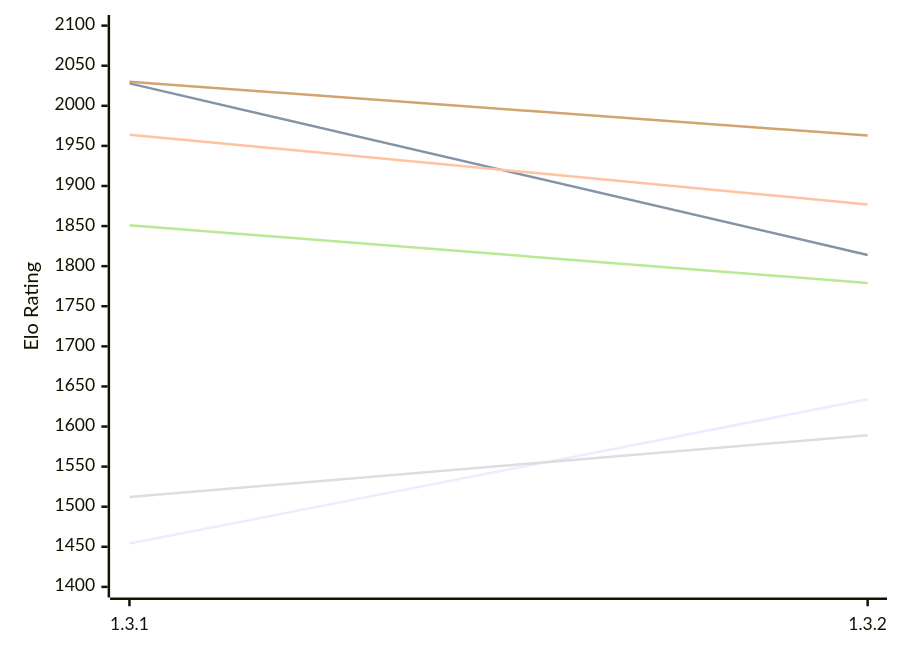
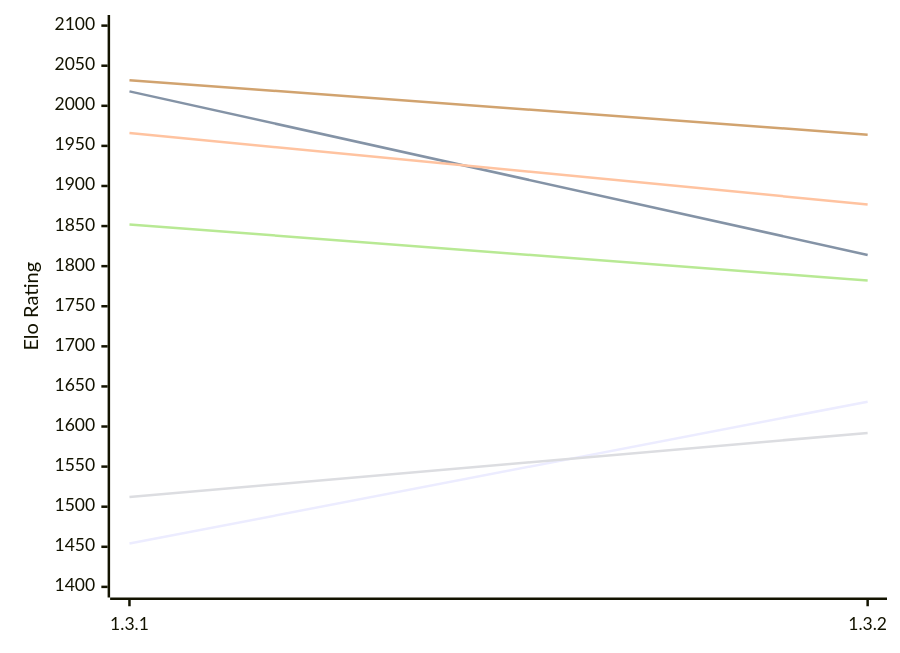
Before and after one commit to computer-chess-index/cci: the first of 2 diagrams in engines/Zugblitz.md, drawn with Mermaid. The commit also changed other lines of this file, not shown here.

Commit message:
Update CCI Ratings (ELO VLTC) - 2026-11-27

````diff
--- a/engines/Zugblitz.md
+++ b/engines/Zugblitz.md
@@ -50,12 +50,12 @@
 ```mermaid
 %%{init: {"theme":"base","themeVariables":{"seriesColors:['#a3a3a3','#222221','#faa371']}}}%%
 xychart-beta
   x-axis ["1.3.1", "1.3.2"]
   y-axis "Elo Rating" 1400 --> 2100
-  line "E1: STC (8.0+0.08s)" [1454, 1634]
-  line "E1: LTC (60.0+0.60s)" [2028, 1814]
-  line "E1: VLTC (2m24s+1.12s)" [1964, 1877]
-  line "P1: STC (8.0+0.08s)" [1512, 1589]
-  line "P1: LTC (60.0+0.60s)" [1851, 1779]
-  line "P1: VLTC (2m24s+1.12s)" [2030, 1963]
+  line "E1: STC (8.0+0.08s)" [1454, 1631]
+  line "E1: LTC (60.0+0.60s)" [2018, 1814]
+  line "E1: VLTC (2m24s+1.12s)" [1966, 1877]
+  line "P1: STC (8.0+0.08s)" [1512, 1592]
+  line "P1: LTC (60.0+0.60s)" [1852, 1782]
+  line "P1: VLTC (2m24s+1.12s)" [2032, 1964]
 ```
````
